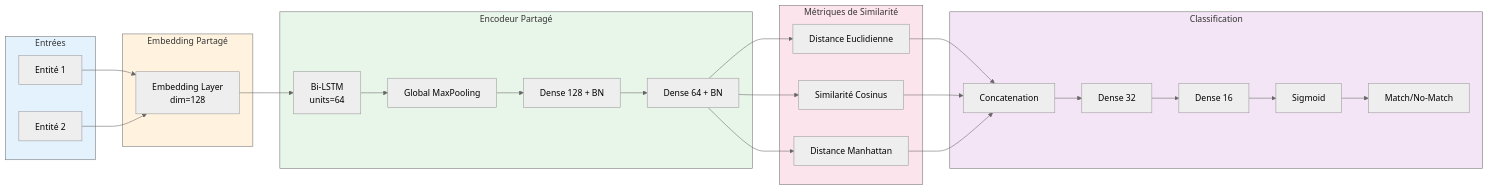
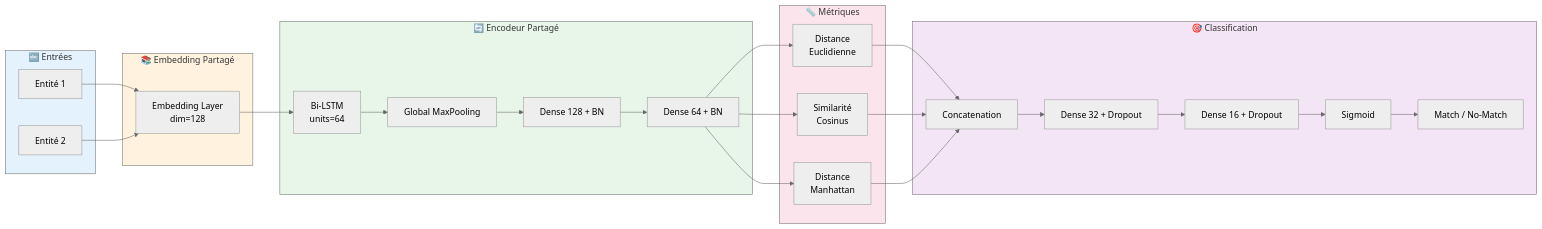
The second of 3 diagrams in README.md (mounirlamsayah/Entity_Resolution_MLOps), drawn with Mermaid (neutral theme) before and after one commit. The commit also changed other lines of this file, not shown here.

````diff
--- a/README.md
+++ b/README.md
@@ -120,55 +131,55 @@
 ```mermaid
 graph LR
-    subgraph Input["Entrées"]
+    subgraph Input["🔤 Entrées"]
         A[Entité 1] 
         B[Entité 2]
     end
     
-    subgraph Embedding["Embedding Partagé"]
+    subgraph Embedding["📚 Embedding Partagé"]
         C[Embedding Layer<br/>dim=128]
     end
     
-    subgraph Encoder["Encodeur Partagé"]
+    subgraph Encoder["🔄 Encodeur Partagé"]
         D[Bi-LSTM<br/>units=64]
         E[Global MaxPooling]
         F[Dense 128 + BN]
         G[Dense 64 + BN]
     end
     
-    subgraph Similarity["Métriques de Similarité"]
-        H[Distance Euclidienne]
-        I[Similarité Cosinus]
-        J[Distance Manhattan]
+    subgraph Similarity["📏 Métriques"]
+        H[Distance<br/>Euclidienne]
+        I[Similarité<br/>Cosinus]
+        J[Distance<br/>Manhattan]
     end
     
-    subgraph Output["Classification"]
+    subgraph Output["🎯 Classification"]
         K[Concatenation]
-        L[Dense 32]
-        M[Dense 16]
+        L[Dense 32 + Dropout]
+        M[Dense 16 + Dropout]
         N[Sigmoid]
-        O[Match/No-Match]
+        O[Match / No-Match]
     end
     
     A --> C
     B --> C
     C --> D
     D --> E
     E --> F
     F --> G
     G --> H
     G --> I
     G --> J
     H --> K
     I --> K
     J --> K
     K --> L
     L --> M
     M --> N
     N --> O
     
     style Input fill:#e3f2fd
     style Embedding fill:#fff3e0
     style Encoder fill:#e8f5e9
     style Similarity fill:#fce4ec
     style Output fill:#f3e5f5
 ```
````
